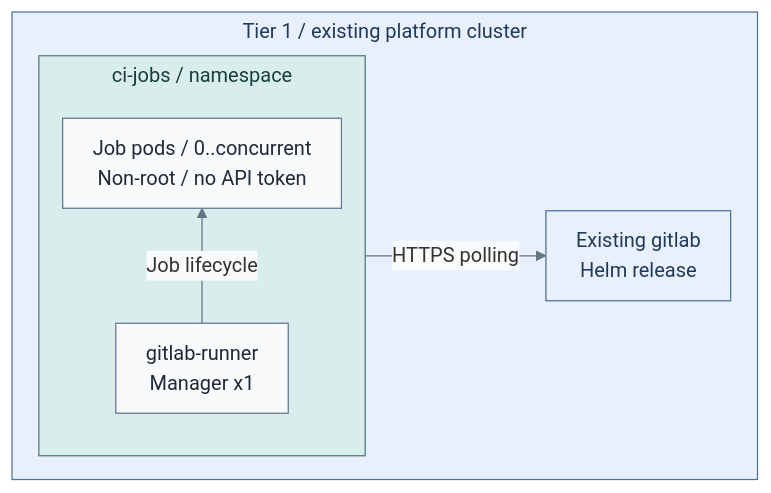
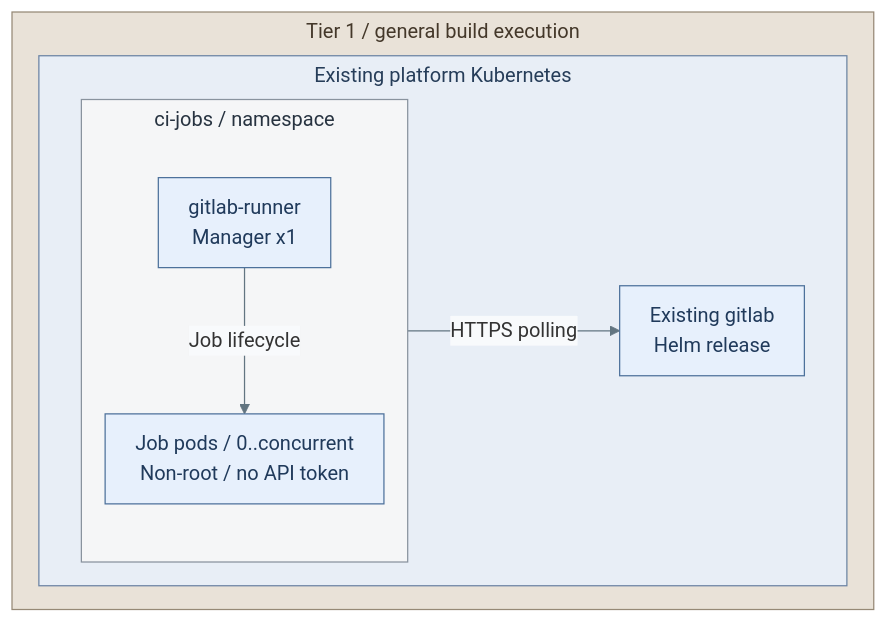
One commit to Rexus/homelab changed the second of 3 diagrams in docs/03-deployment/stage-9-development/README.md. Above: the diagram before and after it, drawn with Mermaid. The commit also changed other lines of this file and 108 other files, not shown here.

Commit message:
docs(diagrams): unify visual language and opening views

````diff
--- a/docs/03-deployment/stage-9-development/README.md
+++ b/docs/03-deployment/stage-9-development/README.md
@@ -426,20 +431,27 @@
 ```mermaid
 %%{init: {"theme":"base","flowchart":{"nodeSpacing":18,"rankSpacing":18,"padding":12,"subGraphTitleMargin":{"top":4,"bottom":12}},"themeVariables":{"lineColor":"#627581","edgeLabelBackground":"#f8fafc"}}}%%
 flowchart TB
-  subgraph T1["Tier 1 / existing platform cluster"]
+  subgraph T1["Tier 1 / general build execution"]
     direction LR
-    subgraph CI["ci-jobs / namespace"]
-      direction BT
-      Jobs["Job pods / 0..concurrent<br/>Non-root / no API token"]
-      Manager["gitlab-runner<br/>Manager x1"]
-      Manager -->|Job lifecycle| Jobs
+    subgraph Cluster["Existing platform Kubernetes"]
+      direction LR
+      subgraph CI["ci-jobs / namespace"]
+        direction TB
+        Manager["gitlab-runner<br/>Manager x1"]
+        Jobs["Job pods / 0..concurrent<br/>Non-root / no API token"]
+        Manager -->|Job lifecycle| Jobs
+      end
+      Git["Existing gitlab<br/>Helm release"]
+      CI -->|HTTPS polling| Git
     end
-    Git["Existing gitlab<br/>Helm release"]
-    CI -->|HTTPS polling| Git
   end
   classDef default fill:#f8fafc,stroke:#64748b,color:#1f2937
   classDef services fill:#e7f0fc,stroke:#4d719b,color:#203a5b
-  classDef runtime fill:#d9eeec,stroke:#4d7b77,color:#173f3e
-  class T1,Git services
-  class CI runtime
+  classDef group fill:#f5f6f7,stroke:#89939e,color:#273340
+  classDef kubernetes fill:#e8eef6,stroke:#6b83a3,color:#263d59
+  class Git,Manager,Jobs services
+  class CI group
+  class Cluster kubernetes
+  classDef tier1 fill:#e9e2d8,stroke:#968976,color:#44382a
+  class T1 tier1
 ```
````
